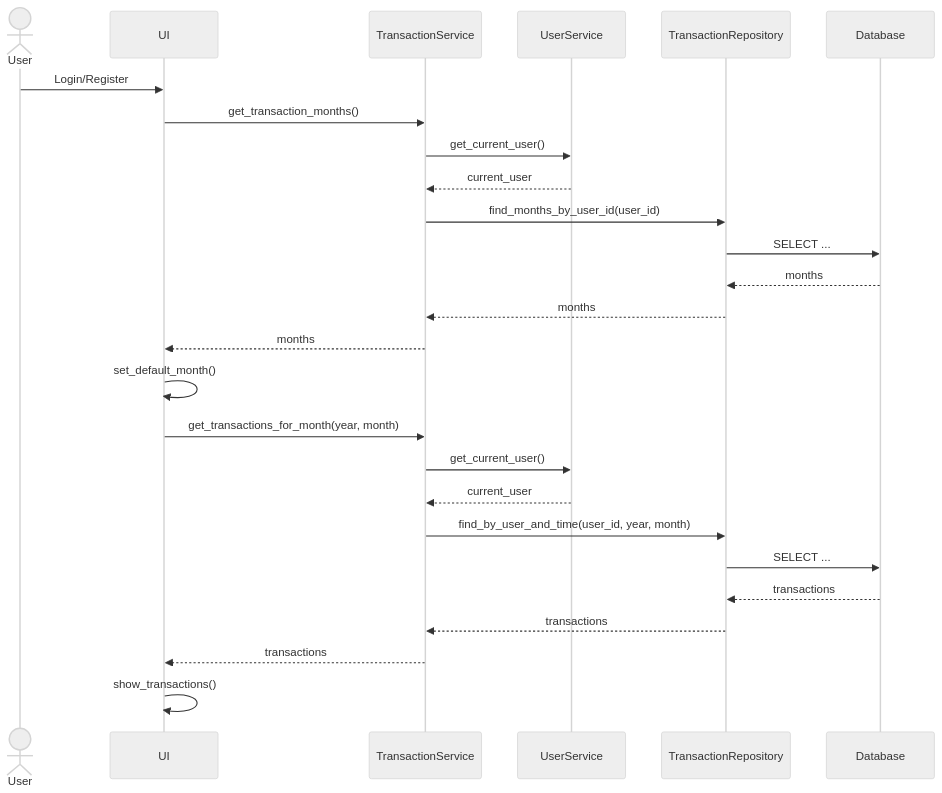
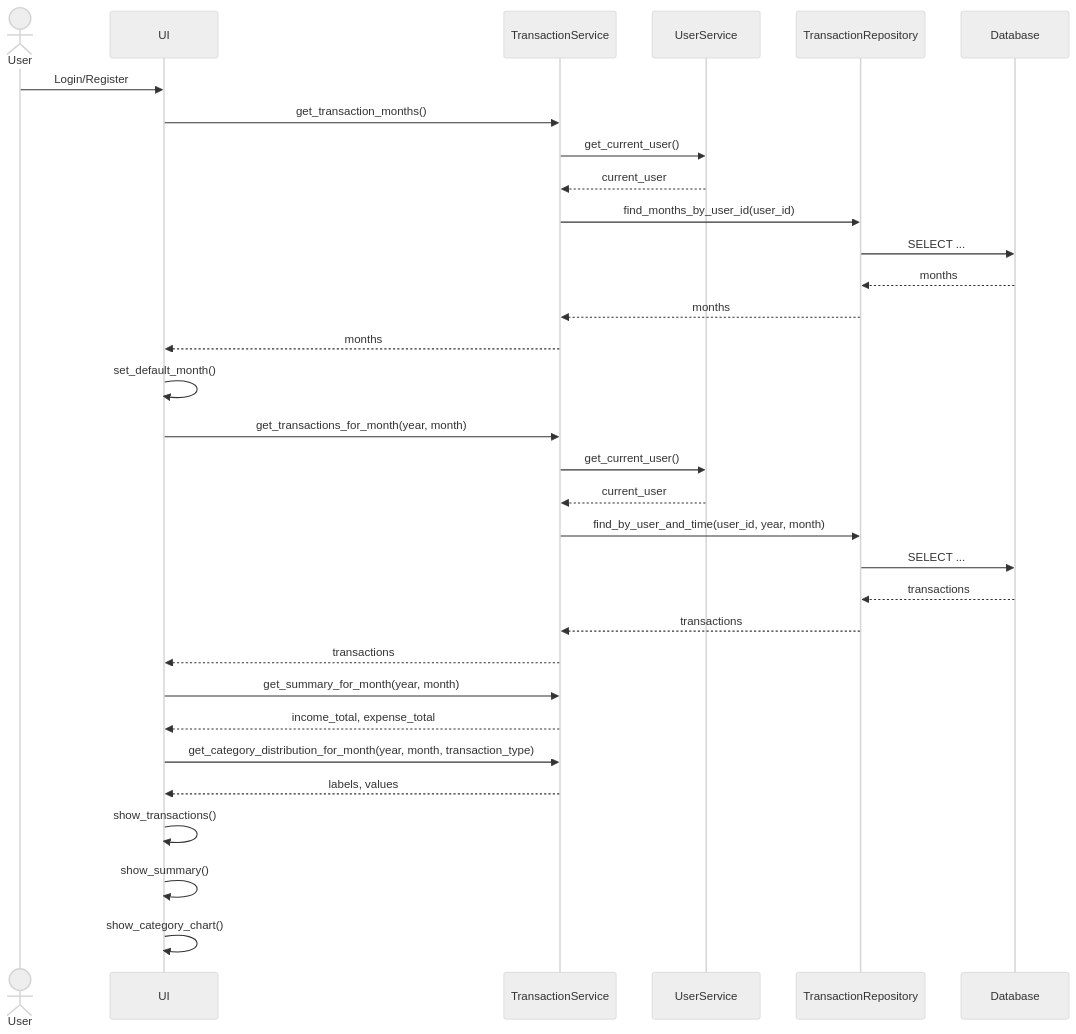
One commit to Jaqt/ot-harjoitustyo changed the second of 2 diagrams in dokumentaatio/arkkitehtuuri.md. Above: the diagram before and after it, drawn with Mermaid (neutral theme). The commit also changed other lines of this file, not shown here.

````diff
--- a/dokumentaatio/arkkitehtuuri.md
+++ b/dokumentaatio/arkkitehtuuri.md
@@ -37,32 +63,40 @@
 ```mermaid
 sequenceDiagram
     actor User
     participant UI
     participant TransactionService
     participant UserService
     participant TransactionRepository
     participant Database
 
     User->>UI: Login/Register
     UI->>TransactionService: get_transaction_months()
     TransactionService->>UserService: get_current_user()
     UserService-->>TransactionService: current_user
     TransactionService->>TransactionRepository: find_months_by_user_id(user_id)
     TransactionRepository->>Database: SELECT ...
     Database-->>TransactionRepository: months
     TransactionRepository-->>TransactionService: months
     TransactionService-->>UI: months
 
     UI->>UI: set_default_month()
 
     UI->>TransactionService: get_transactions_for_month(year, month)
     TransactionService->>UserService: get_current_user()
     UserService-->>TransactionService: current_user
     TransactionService->>TransactionRepository: find_by_user_and_time(user_id, year, month)
-    TransactionRepository->>Database: SELECT  ...
+    TransactionRepository->>Database: SELECT ...
     Database-->>TransactionRepository: transactions
     TransactionRepository-->>TransactionService: transactions
     TransactionService-->>UI: transactions
 
+    UI->>TransactionService: get_summary_for_month(year, month)
+    TransactionService-->>UI: income_total, expense_total
+
+    UI->>TransactionService: get_category_distribution_for_month(year, month, transaction_type)
+    TransactionService-->>UI: labels, values
+
     UI->>UI: show_transactions()
+    UI->>UI: show_summary()
+    UI->>UI: show_category_chart()
 ```
````
